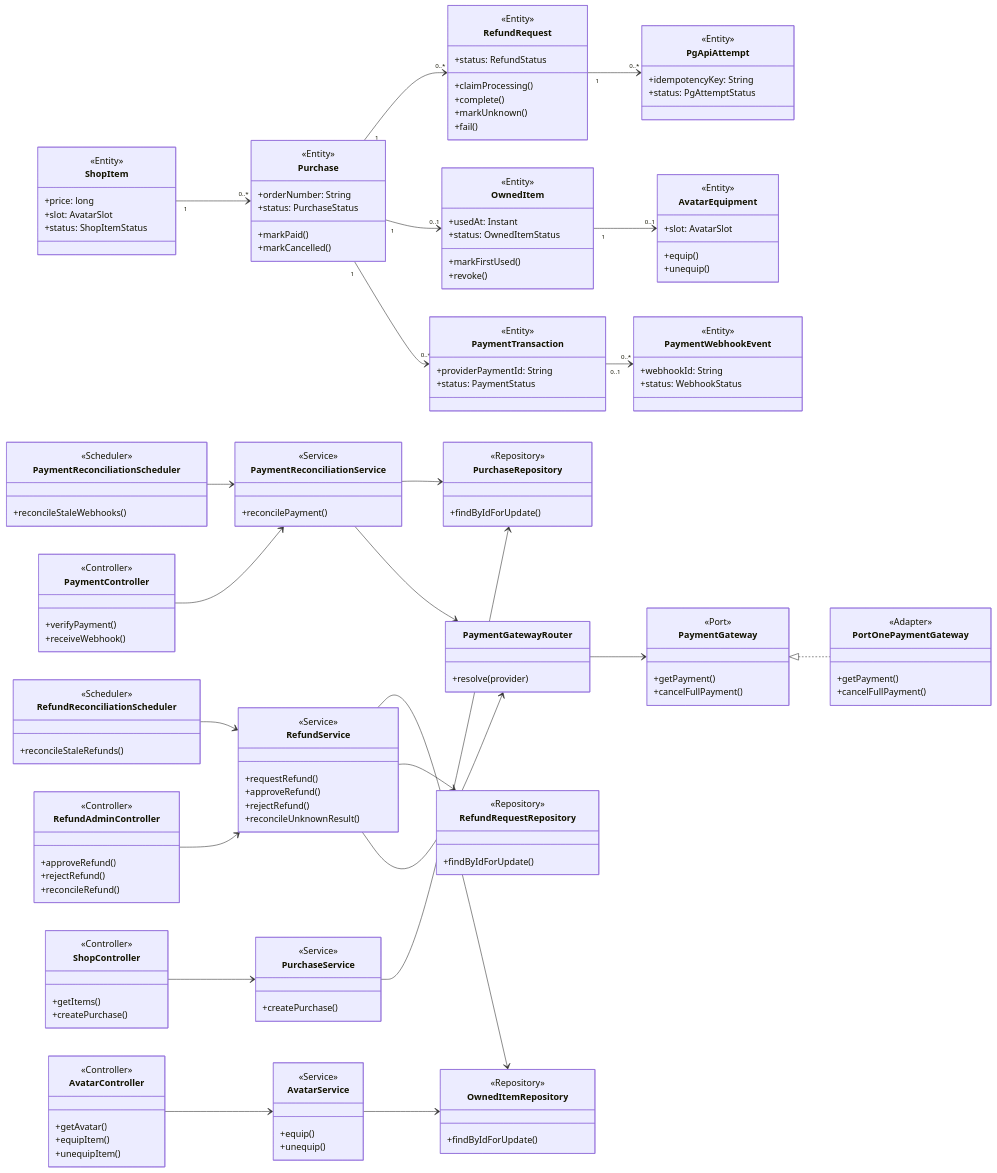
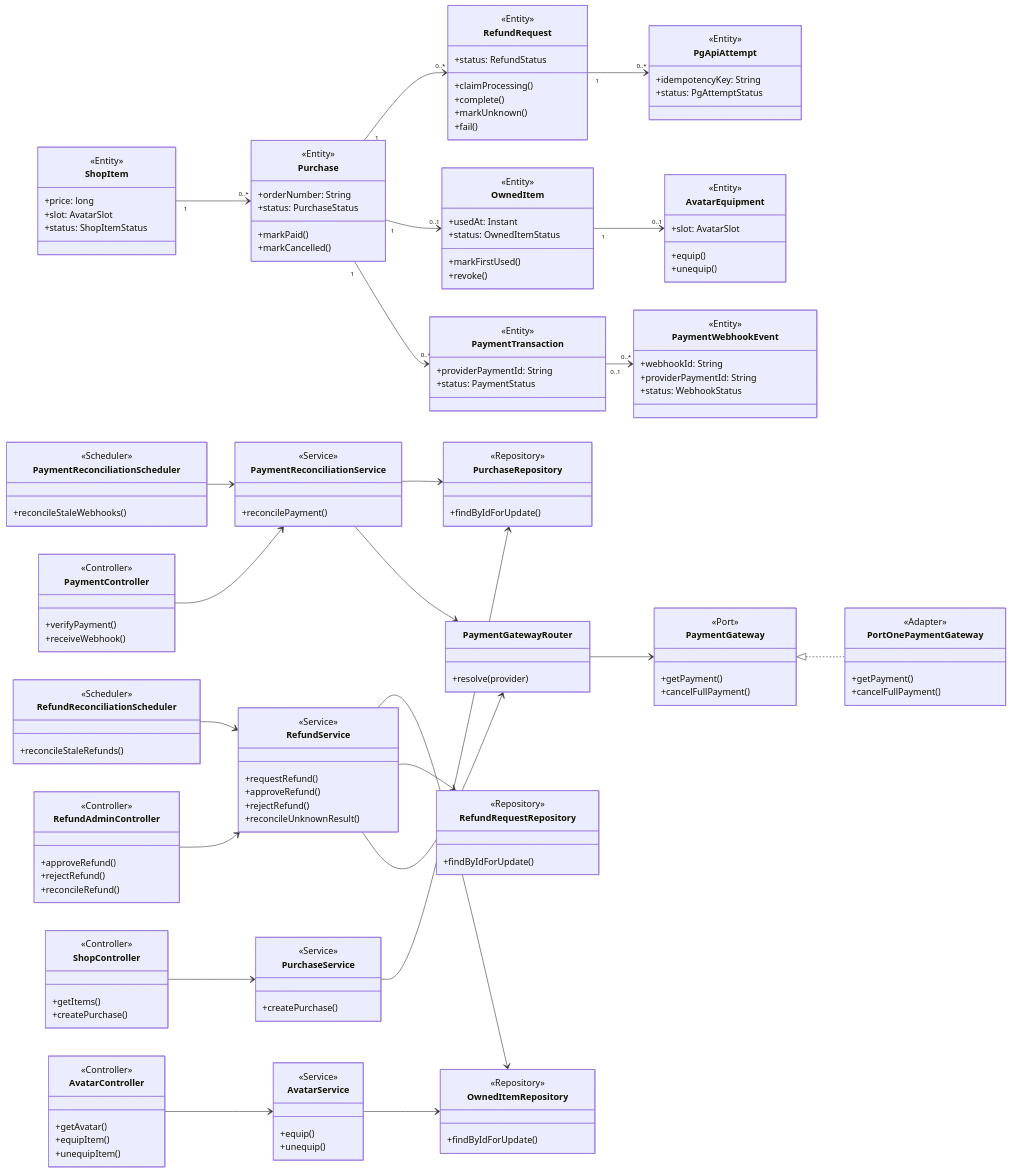
The third of 4 diagrams in docs/class-diagram.md (heebaek200/shared-creature-game), drawn with Mermaid before and after one commit. The commit also changed 9 other files, not shown here.

```diff
--- a/docs/class-diagram.md
+++ b/docs/class-diagram.md
@@ -479,6 +479,7 @@
     class PaymentWebhookEvent {
         <<Entity>>
         +webhookId: String
+        +providerPaymentId: String
         +status: WebhookStatus
     }
     class PurchaseRepository {
```
